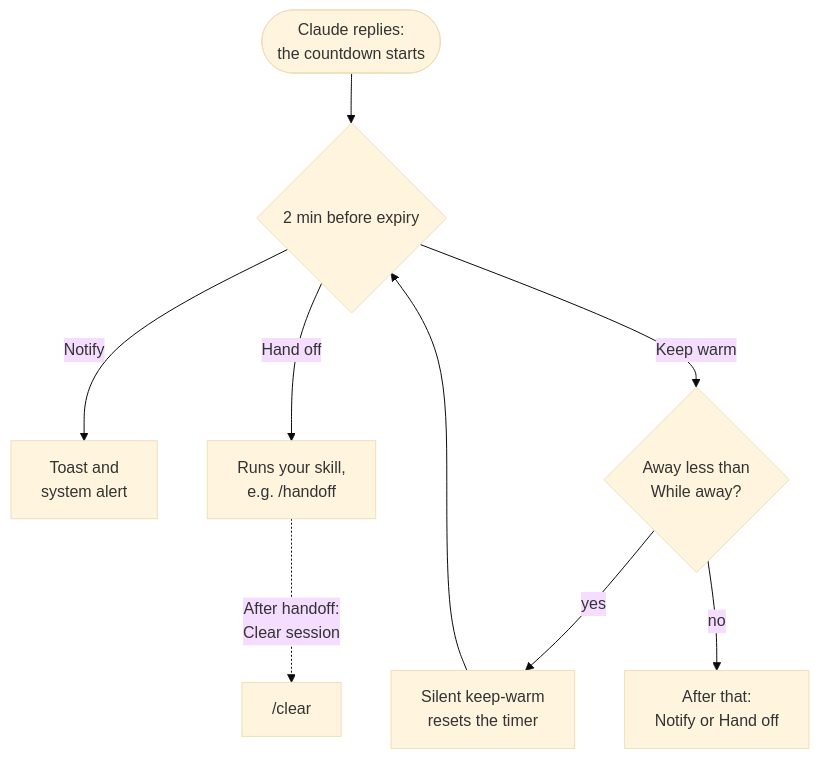
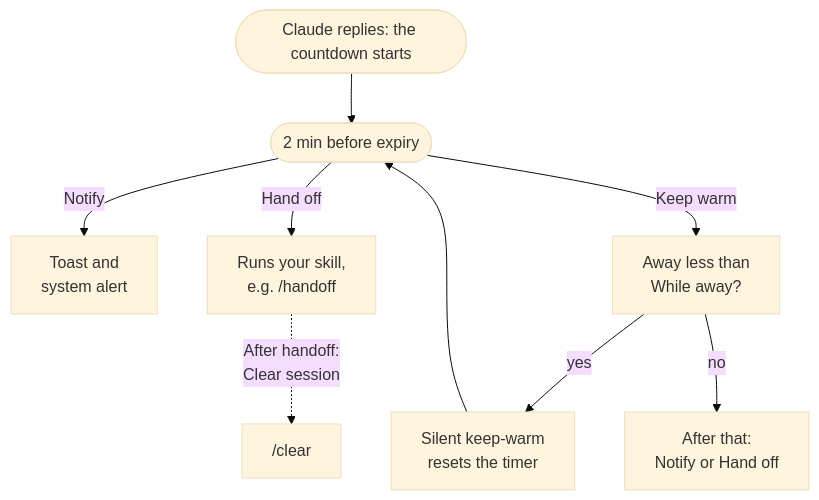
Before and after one commit to ossianravn/cc-cache-expiry-handoff: the diagram in README.md, drawn with Mermaid (base theme).

Commit message:
README: compact flow diagram

````diff
--- a/README.md
+++ b/README.md
@@ -77,11 +77,11 @@
 ```mermaid
 flowchart TD
-  A(["Claude replies:<br/>the countdown starts"]) --> C{"2 min before expiry"}
+  A(["Claude replies: the countdown starts"]) --> C(["2 min before expiry"])
   C -->|Notify| D["Toast and<br/>system alert"]
   C -->|Hand off| E["Runs your skill,<br/>e.g. /handoff"]
-  C -->|Keep warm| F{"Away less than<br/>While away?"}
+  C -->|Keep warm| F["Away less than<br/>While away?"]
   F -->|yes| G["Silent keep-warm<br/>resets the timer"]
   G --> C
   F -->|no| H["After that:<br/>Notify or Hand off"]
   E -.->|"After handoff:<br/>Clear session"| I["/clear"]
 ```
````
